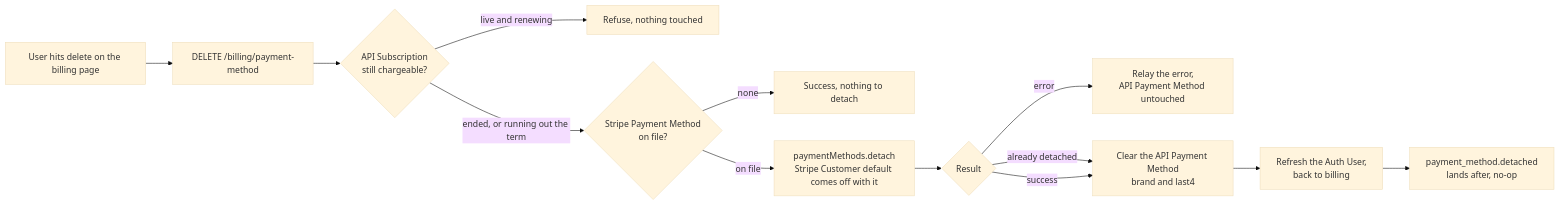
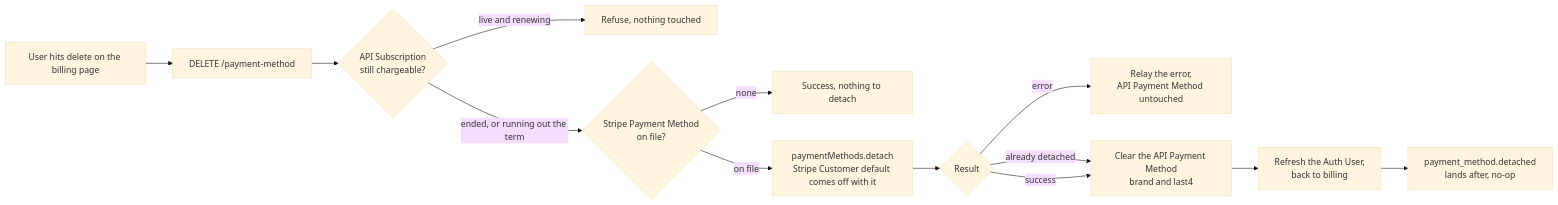
The diagram in flows/billing/stripe/PaymentMethodDelete.md (websanova/starter-flows), drawn with Mermaid (base theme) before and after one commit.

Commit message:
Correct payment method delete end point.

````diff
--- a/flows/billing/stripe/PaymentMethodDelete.md
+++ b/flows/billing/stripe/PaymentMethodDelete.md
@@ -57,19 +57,19 @@
 ```mermaid
 flowchart LR
-    A[User hits delete on the billing page] --> B["DELETE /billing/payment-method"]
+    A[User hits delete on the billing page] --> B["DELETE /payment-method"]
     B --> C{API Subscription<br/>still chargeable?}
 
     C -->|live and renewing| D[Refuse, nothing touched]
     C -->|ended, or running out the term| E{Stripe Payment Method<br/>on file?}
 
     E -->|none| F[Success, nothing to detach]
     E -->|on file| G["paymentMethods.detach<br/>Stripe Customer default comes off with it"]
 
     G --> H{Result}
     H -->|error| I[Relay the error,<br/>API Payment Method untouched]
     H -->|already detached| J
     H -->|success| J["Clear the API Payment Method<br/>brand and last4"]
 
     J --> K[Refresh the Auth User,<br/>back to billing]
     K --> L["payment_method.detached<br/>lands after, no-op"]
 ```
````
